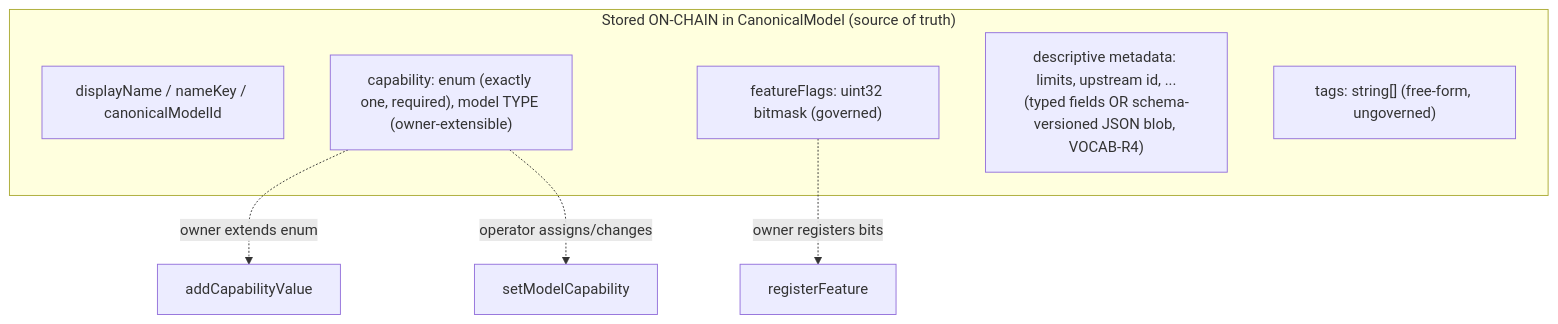
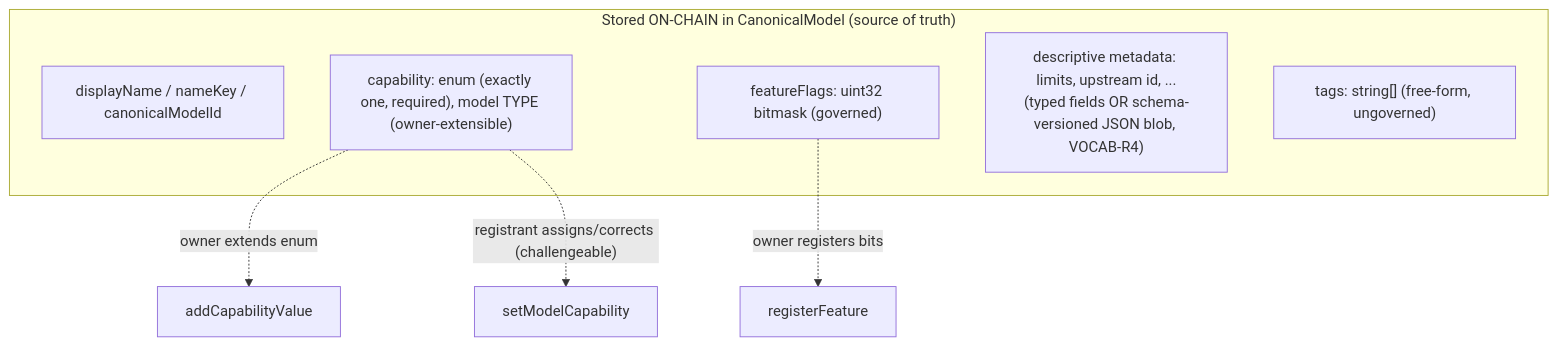
One commit to cowboycoderhq/Morpheus-Lumerin-Node changed the third of 18 diagrams in smart-contracts/docs/inference-contract-enhancements-rfp.md. Above: the diagram before and after it, drawn with Mermaid. The commit also changed other lines of this file and 1 other file, not shown here.

````diff
--- a/smart-contracts/docs/inference-contract-enhancements-rfp.md
+++ b/smart-contracts/docs/inference-contract-enhancements-rfp.md
@@ -269,13 +284,13 @@
 ```mermaid
 flowchart TB
   subgraph OnChain ["Stored ON-CHAIN in CanonicalModel (source of truth)"]
     DN["displayName / nameKey / canonicalModelId"]
     CAP["capability: enum (exactly one, required), model TYPE (owner-extensible)"]
     FF["featureFlags: uint32 bitmask (governed)"]
     META["descriptive metadata: limits, upstream id, ...<br/>(typed fields OR schema-versioned JSON blob, VOCAB-R4)"]
     TG["tags: string[] (free-form, ungoverned)"]
   end
   CAP -. "owner extends enum" .-> ADDC["addCapabilityValue"]
-  CAP -. "operator assigns/changes" .-> SETC["setModelCapability"]
+  CAP -. "registrant assigns/corrects (challengeable)" .-> SETC["setModelCapability"]
   FF -. "owner registers bits" .-> REGF["registerFeature"]
 ```
````
